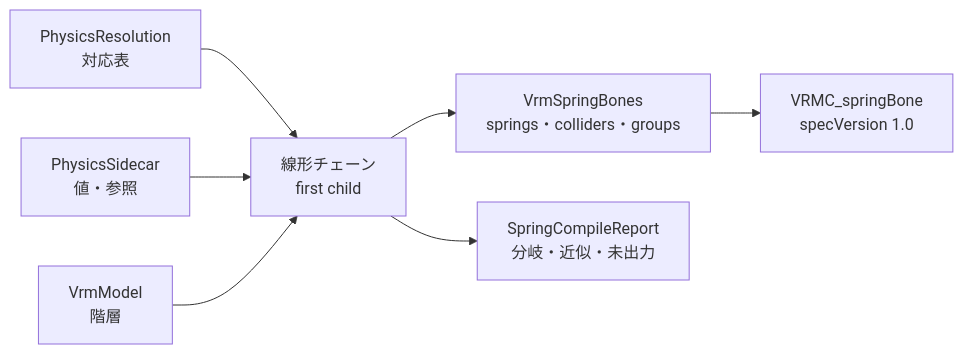
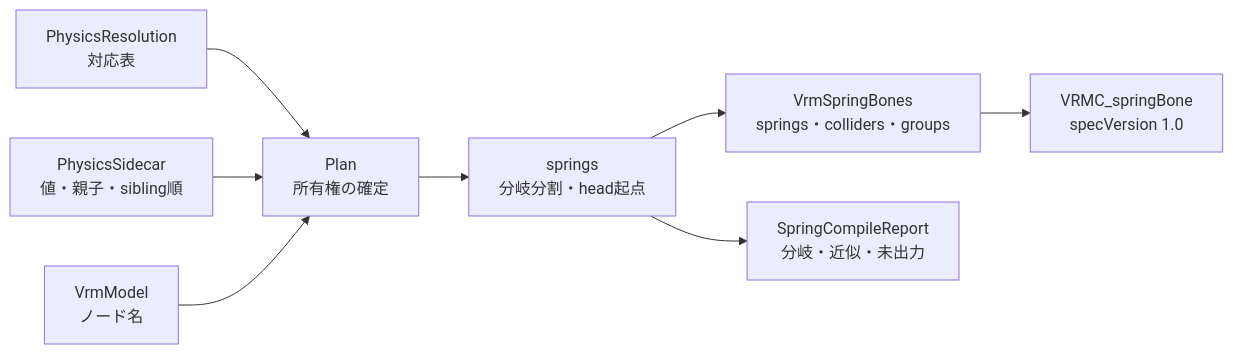
Before and after one commit to halby24/vrctom: the second of 2 diagrams in design/VRMスプリング.md, drawn with Mermaid. The commit also changed other lines of this file and 5 other files, not shown here.

````diff
--- a/design/VRMスプリング.md
+++ b/design/VRMスプリング.md
@@ -148,9 +156,10 @@
 ```mermaid
 flowchart LR
-    res[PhysicsResolution<br/>対応表] --> chain[線形チェーン<br/>first child]
-    side[PhysicsSidecar<br/>値・参照] --> chain
-    model[VrmModel<br/>階層] --> chain
-    chain --> bones[VrmSpringBones<br/>springs・colliders・groups]
-    chain --> rep[SpringCompileReport<br/>分岐・近似・未出力]
+    res[PhysicsResolution<br/>対応表] --> plan[Plan<br/>所有権の確定]
+    side[PhysicsSidecar<br/>値・親子・sibling順] --> plan
+    model[VrmModel<br/>ノード名] --> plan
+    plan --> springs[ springs<br/>分岐分割・head起点]
+    springs --> bones[VrmSpringBones<br/>springs・colliders・groups]
+    springs --> rep[SpringCompileReport<br/>分岐・近似・未出力]
     bones --> glb[VRMC_springBone<br/>specVersion 1.0]
 ```
````
